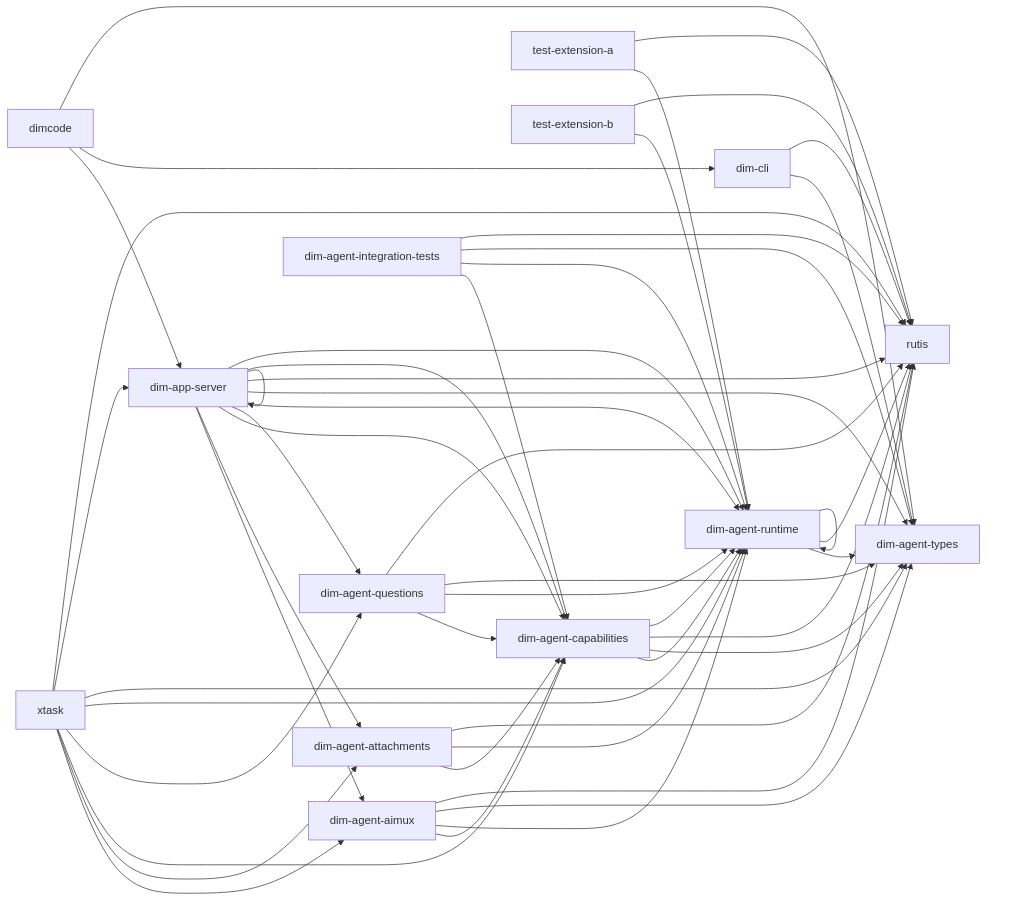
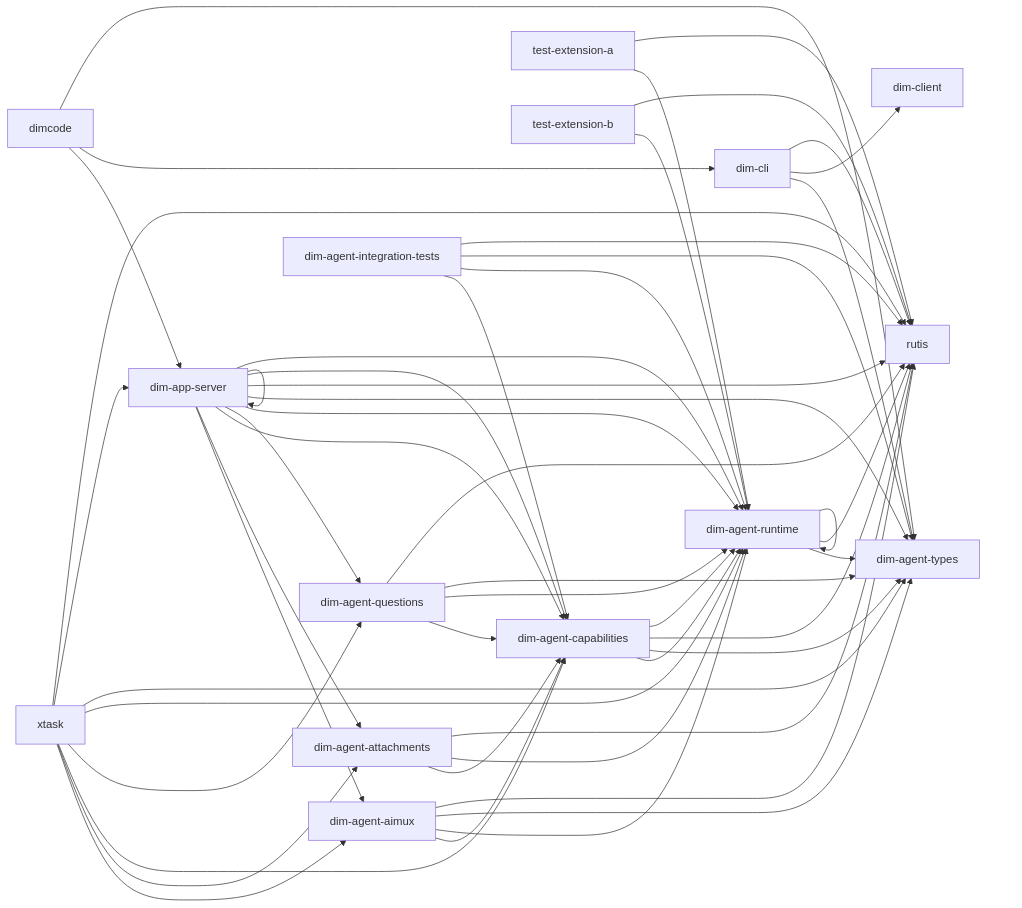
One commit to CoutinhoTTS/dim-agent changed the diagram in docs/architecture/rust-agent/generated/crates.mmd. Above: the diagram before and after it, drawn with Mermaid. The commit also changed 17 other files, not shown here.

```diff
--- a/docs/architecture/rust-agent/generated/crates.mmd
+++ b/docs/architecture/rust-agent/generated/crates.mmd
@@ -1,51 +1,52 @@
 %% Generated from cargo metadata; do not edit.
 flowchart LR
   dim_agent_runtime["dim-agent-runtime"] --> dim_agent_types["dim-agent-types"]
   dim_agent_runtime["dim-agent-runtime"] --> rutis["rutis"]
   dim_agent_runtime["dim-agent-runtime"] --> dim_agent_runtime["dim-agent-runtime"]
   dim_agent_capabilities["dim-agent-capabilities"] --> dim_agent_runtime["dim-agent-runtime"]
   dim_agent_capabilities["dim-agent-capabilities"] --> dim_agent_types["dim-agent-types"]
   dim_agent_capabilities["dim-agent-capabilities"] --> rutis["rutis"]
   dim_agent_capabilities["dim-agent-capabilities"] --> dim_agent_runtime["dim-agent-runtime"]
   dim_agent_aimux["dim-agent-aimux"] --> dim_agent_capabilities["dim-agent-capabilities"]
   dim_agent_aimux["dim-agent-aimux"] --> dim_agent_runtime["dim-agent-runtime"]
   dim_agent_aimux["dim-agent-aimux"] --> dim_agent_types["dim-agent-types"]
   dim_agent_aimux["dim-agent-aimux"] --> rutis["rutis"]
   dim_agent_attachments["dim-agent-attachments"] --> dim_agent_capabilities["dim-agent-capabilities"]
   dim_agent_attachments["dim-agent-attachments"] --> dim_agent_runtime["dim-agent-runtime"]
   dim_agent_attachments["dim-agent-attachments"] --> rutis["rutis"]
   dim_agent_questions["dim-agent-questions"] --> dim_agent_capabilities["dim-agent-capabilities"]
   dim_agent_questions["dim-agent-questions"] --> dim_agent_runtime["dim-agent-runtime"]
   dim_agent_questions["dim-agent-questions"] --> dim_agent_types["dim-agent-types"]
   dim_agent_questions["dim-agent-questions"] --> rutis["rutis"]
   dim_app_server["dim-app-server"] --> dim_agent_aimux["dim-agent-aimux"]
   dim_app_server["dim-app-server"] --> dim_agent_attachments["dim-agent-attachments"]
   dim_app_server["dim-app-server"] --> dim_agent_capabilities["dim-agent-capabilities"]
   dim_app_server["dim-app-server"] --> dim_agent_questions["dim-agent-questions"]
   dim_app_server["dim-app-server"] --> dim_agent_runtime["dim-agent-runtime"]
   dim_app_server["dim-app-server"] --> dim_agent_types["dim-agent-types"]
   dim_app_server["dim-app-server"] --> rutis["rutis"]
   dim_app_server["dim-app-server"] --> dim_agent_capabilities["dim-agent-capabilities"]
   dim_app_server["dim-app-server"] --> dim_agent_runtime["dim-agent-runtime"]
   dim_app_server["dim-app-server"] --> dim_app_server["dim-app-server"]
   dim_cli["dim-cli"] --> dim_agent_types["dim-agent-types"]
+  dim_cli["dim-cli"] --> dim_client["dim-client"]
   dim_cli["dim-cli"] --> rutis["rutis"]
   dimcode["dimcode"] --> dim_app_server["dim-app-server"]
   dimcode["dimcode"] --> dim_cli["dim-cli"]
   dimcode["dimcode"] --> dim_agent_types["dim-agent-types"]
   xtask["xtask"] --> dim_agent_aimux["dim-agent-aimux"]
   xtask["xtask"] --> dim_agent_attachments["dim-agent-attachments"]
   xtask["xtask"] --> dim_agent_capabilities["dim-agent-capabilities"]
   xtask["xtask"] --> dim_agent_questions["dim-agent-questions"]
   xtask["xtask"] --> dim_agent_runtime["dim-agent-runtime"]
   xtask["xtask"] --> dim_agent_types["dim-agent-types"]
   xtask["xtask"] --> dim_app_server["dim-app-server"]
   xtask["xtask"] --> rutis["rutis"]
   test_extension_a["test-extension-a"] --> dim_agent_runtime["dim-agent-runtime"]
   test_extension_a["test-extension-a"] --> rutis["rutis"]
   test_extension_b["test-extension-b"] --> dim_agent_runtime["dim-agent-runtime"]
   test_extension_b["test-extension-b"] --> rutis["rutis"]
   dim_agent_integration_tests["dim-agent-integration-tests"] --> dim_agent_capabilities["dim-agent-capabilities"]
   dim_agent_integration_tests["dim-agent-integration-tests"] --> dim_agent_runtime["dim-agent-runtime"]
   dim_agent_integration_tests["dim-agent-integration-tests"] --> dim_agent_types["dim-agent-types"]
   dim_agent_integration_tests["dim-agent-integration-tests"] --> rutis["rutis"]
```
